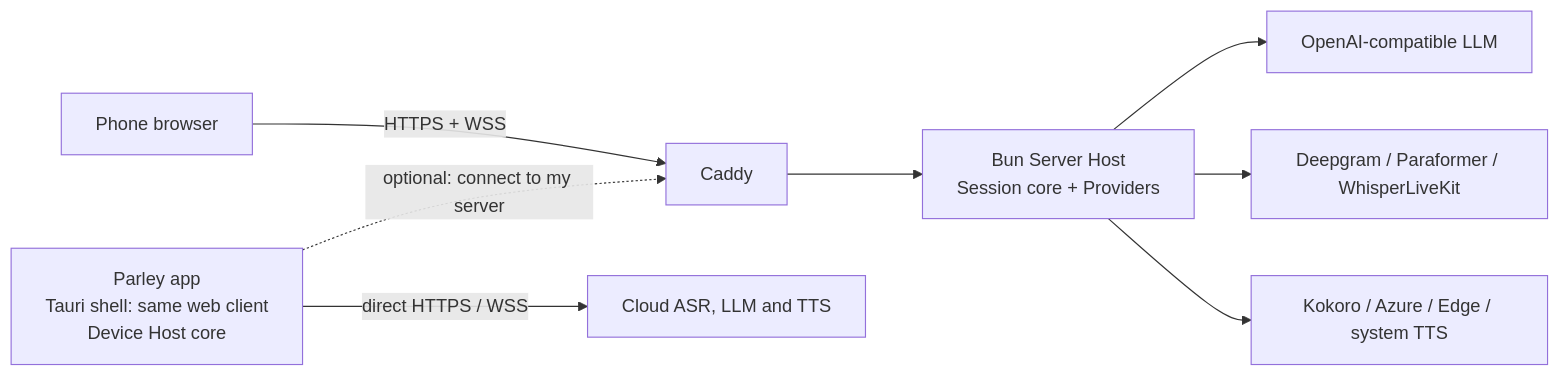
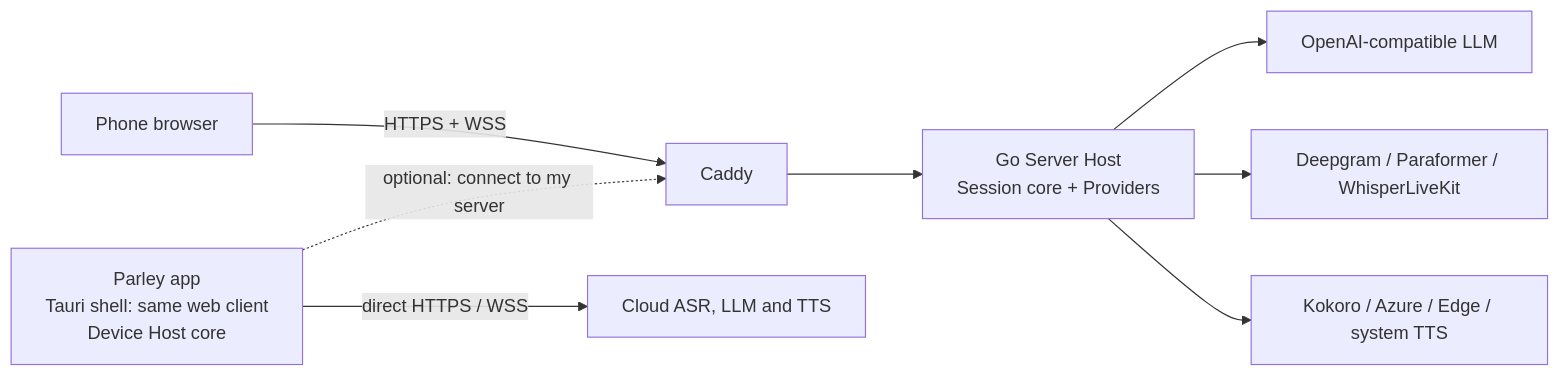
The diagram in README.ja.md (wray-lee/parley), drawn with Mermaid before and after one commit. The commit also changed other lines of this file and 16 other files, not shown here.

````diff
--- a/README.ja.md
+++ b/README.ja.md
@@ -51,10 +51,10 @@
 ```mermaid
 flowchart LR
   B[Phone browser] -->|HTTPS + WSS| C[Caddy]
-  C --> S[Bun Server Host<br/>Session core + Providers]
+  C --> S[Go Server Host<br/>Session core + Providers]
   A[Parley app<br/>Tauri shell: same web client<br/>Device Host core] -->|direct HTTPS / WSS| P[Cloud ASR, LLM and TTS]
   A -.->|optional: connect to my server| C
   S --> L[OpenAI-compatible LLM]
   S --> R[Deepgram / Paraformer / WhisperLiveKit]
   S --> T[Kokoro / Azure / Edge / system TTS]
 ```
````
